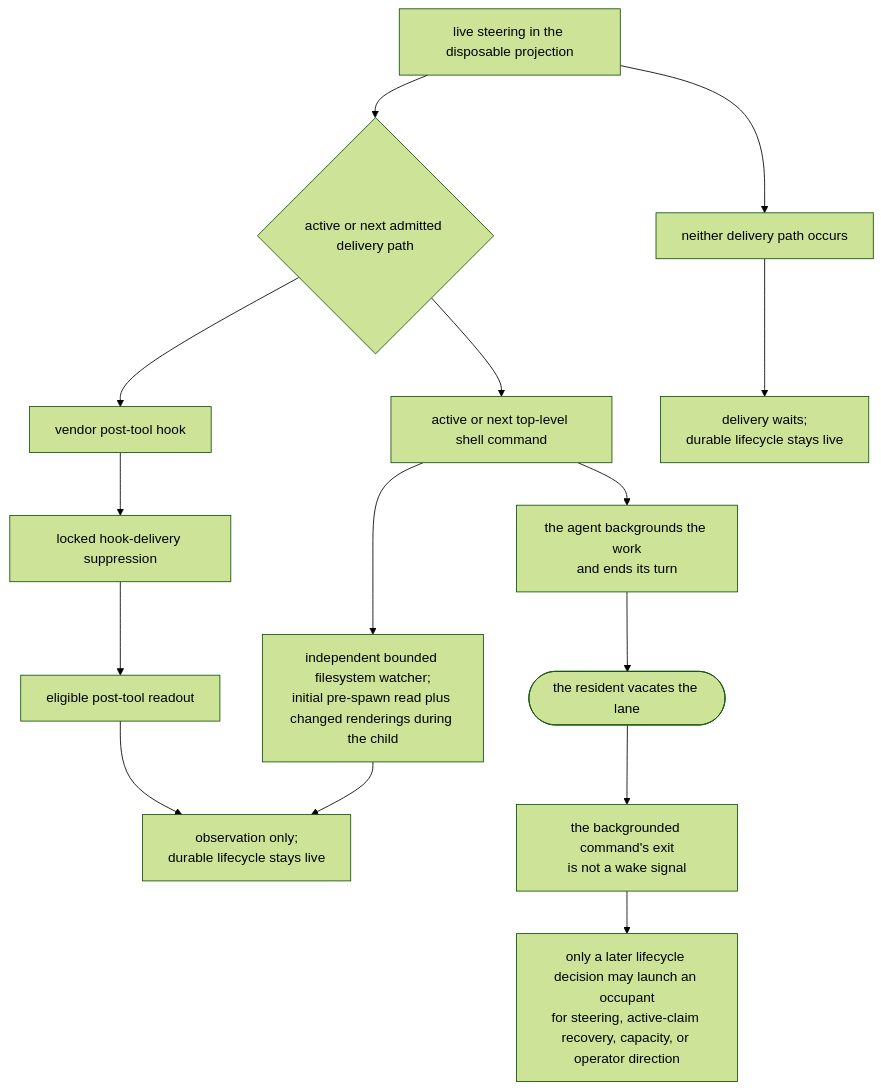
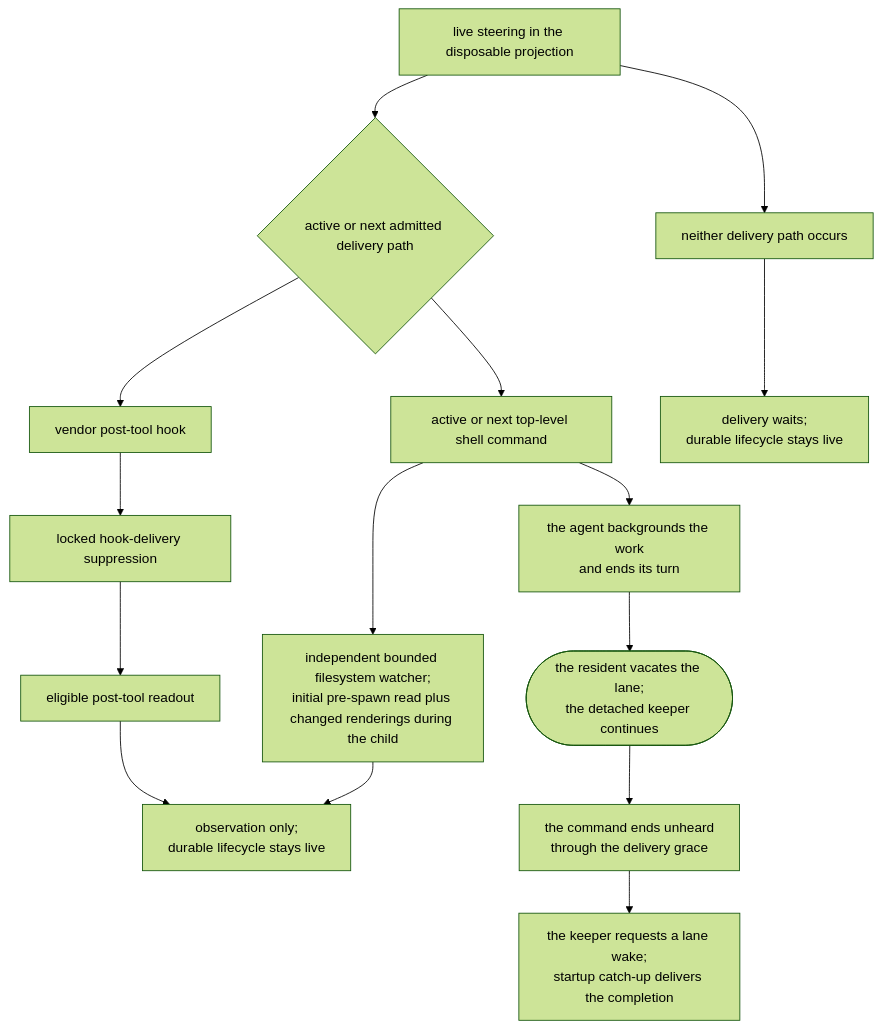
The sixth of 9 diagrams in docs/product/planes/hooks.md (infimalabs/spice-rust), drawn with Mermaid (forest theme) before and after one commit. The commit also changed other lines of this file and 6 other files, not shown here.

````diff
--- a/docs/product/planes/hooks.md
+++ b/docs/product/planes/hooks.md
@@ -251,17 +251,17 @@
 ```mermaid
 flowchart TD
   D["live steering in the disposable projection"] --> B{"active or next admitted delivery path"}
   B --> T["vendor post-tool hook"]
   B --> C["active or next top-level shell command"]
   T --> HS["locked hook-delivery suppression"]
   HS --> HR["eligible post-tool readout"]
   C --> SR["independent bounded filesystem watcher;<br/>initial pre-spawn read plus changed renderings during the child"]
   HR --> O["observation only;<br/>durable lifecycle stays live"]
   SR --> O
   D --> N["neither delivery path occurs"]
   N --> W["delivery waits;<br/>durable lifecycle stays live"]
   C --> BG["the agent backgrounds the work<br/>and ends its turn"]
-  BG --> S(["the resident vacates the lane"])
-  S --> X["the backgrounded command's exit<br/>is not a wake signal"]
-  X --> RL["only a later lifecycle decision may launch an occupant<br/>for steering, active-claim recovery, capacity, or operator direction"]
+  BG --> S(["the resident vacates the lane;<br/>the detached keeper continues"])
+  S --> X["the command ends unheard<br/>through the delivery grace"]
+  X --> RL["the keeper requests a lane wake;<br/>startup catch-up delivers the completion"]
 ```
````
